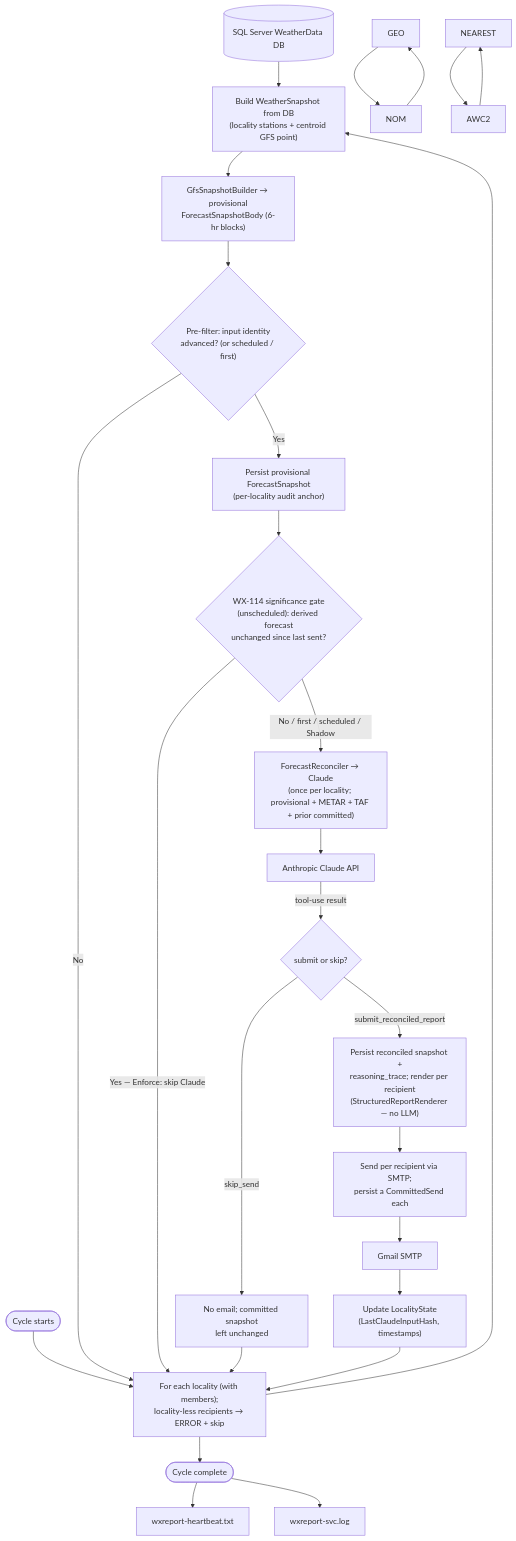
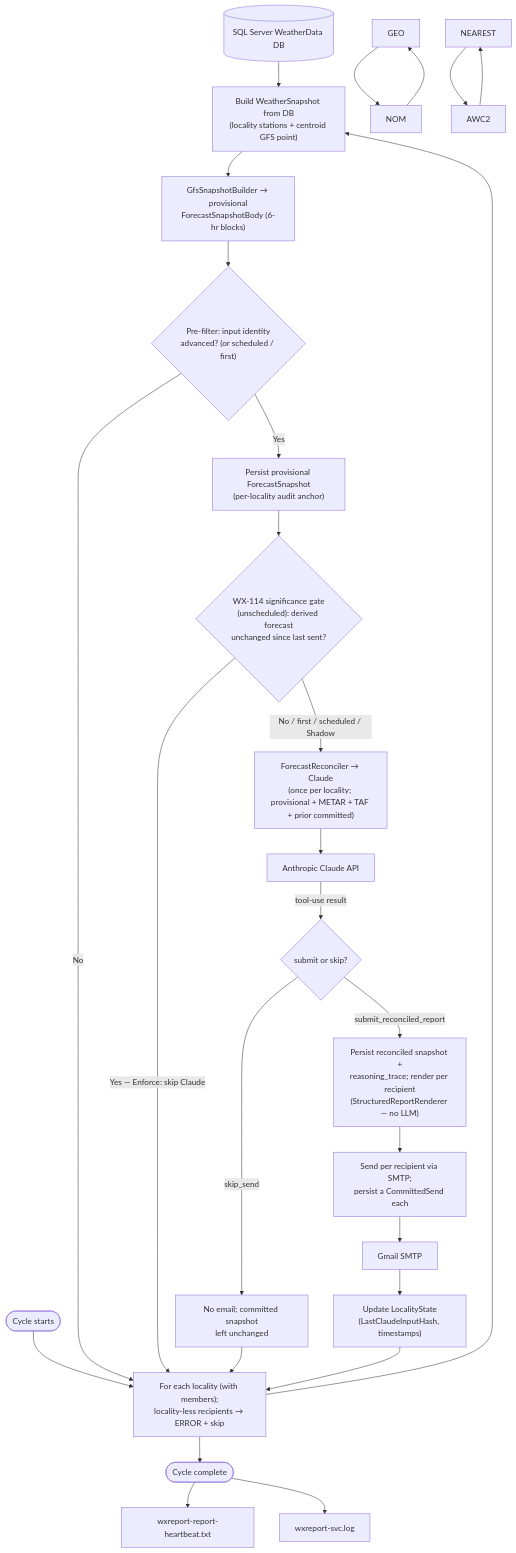
Before and after one commit to PaulHarder2/HarderWare: the fourth of 8 diagrams in WxServices/DESIGN.md, drawn with Mermaid. The commit also changed other lines of this file and 21 other files, not shown here.

````diff
--- a/WxServices/DESIGN.md
+++ b/WxServices/DESIGN.md
@@ -185,39 +185,39 @@
 ```mermaid
 flowchart TD
     DB[("SQL Server WeatherData DB")]
     CLAUDE["Anthropic Claude API"]
     SMTP["Gmail SMTP"]
-    RHB["wxreport-heartbeat.txt"]
+    RHB["wxreport-report-heartbeat.txt"]
     RLOG["wxreport-svc.log"]
 
     START([Cycle starts]) --> EACH["For each locality (with members);\nlocality-less recipients → ERROR + skip"]
 
     EACH --> SNAP["Build WeatherSnapshot from DB\n(locality stations + centroid GFS point)"]
     DB --> SNAP
 
     SNAP --> PROV["GfsSnapshotBuilder → provisional\nForecastSnapshotBody (6-hr blocks)"]
     PROV --> GATE{"Pre-filter: input identity\nadvanced? (or scheduled / first)"}
     GATE -->|No| EACH
     GATE -->|Yes| WRITE["Persist provisional ForecastSnapshot\n(per-locality audit anchor)"]
     WRITE --> SIGGATE{"WX-114 significance gate\n(unscheduled): derived forecast\nunchanged since last sent?"}
     SIGGATE -->|"Yes — Enforce: skip Claude"| EACH
     SIGGATE -->|"No / first / scheduled / Shadow"| RECON["ForecastReconciler → Claude\n(once per locality; provisional + METAR + TAF + prior committed)"]
     RECON --> CLAUDE
     CLAUDE -->|"tool-use result"| DECIDE{submit or skip?}
     DECIDE -->|skip_send| NOSEND["No email; committed snapshot\nleft unchanged"]
     NOSEND --> EACH
     DECIDE -->|submit_reconciled_report| FINAL["Persist reconciled snapshot +\nreasoning_trace; render per recipient\n(StructuredReportRenderer — no LLM)"]
     FINAL --> EMAIL["Send per recipient via SMTP;\npersist a CommittedSend each"]
     EMAIL --> SMTP
     SMTP --> STATE["Update LocalityState\n(LastClaudeInputHash, timestamps)"]
     STATE --> EACH
 
     EACH --> DONE([Cycle complete])
     DONE --> RHB
     DONE --> RLOG
 
     GEO --> NOM
     NOM --> GEO
     NEAREST --> AWC2
     AWC2 --> NEAREST
 ```
````
